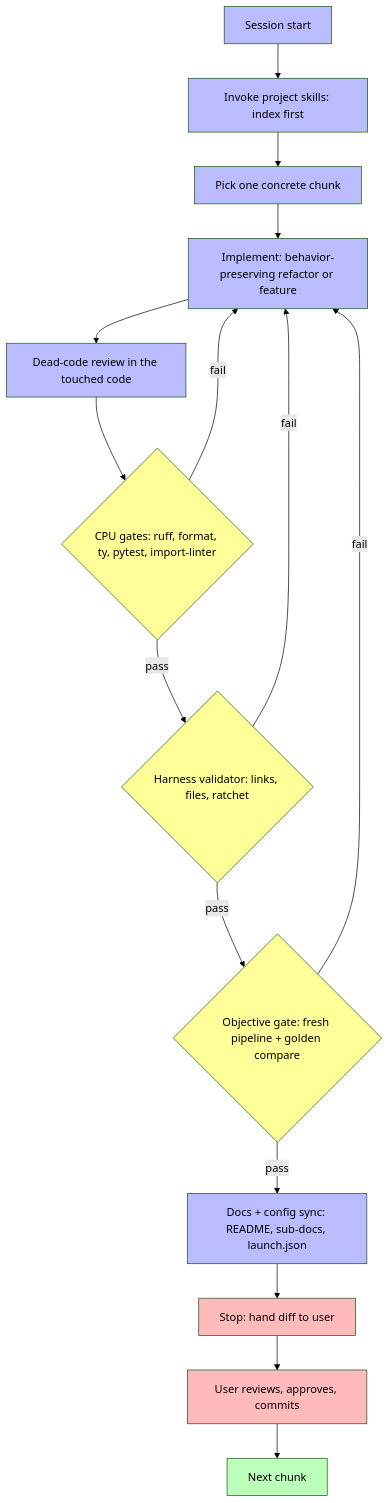
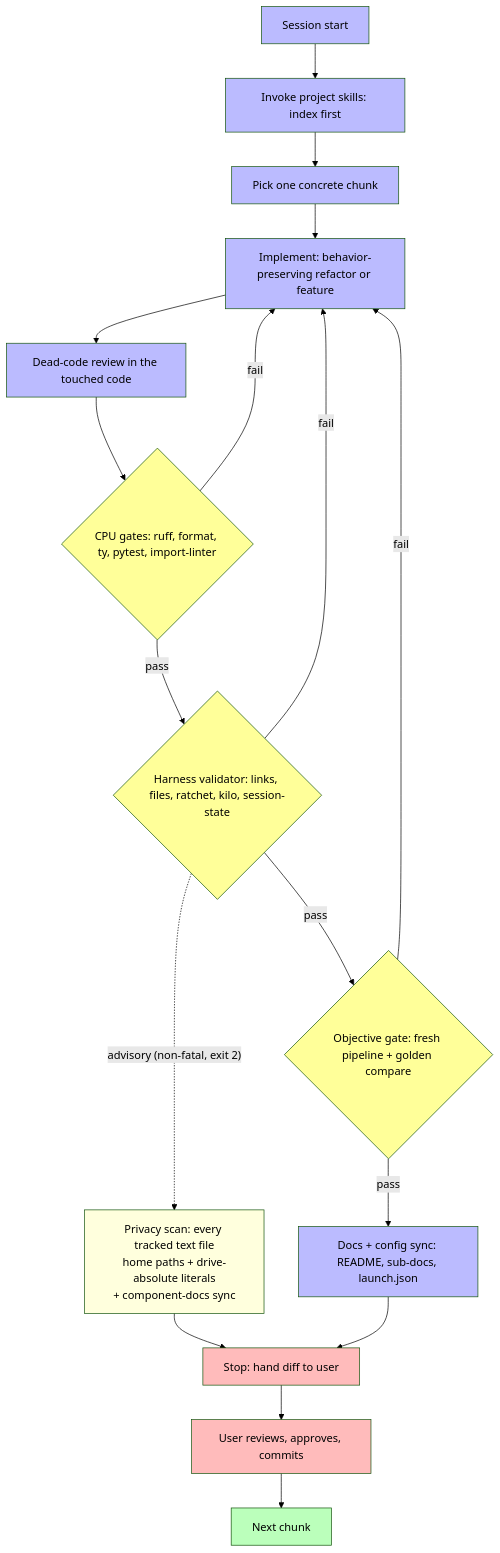
One commit to Vicomtech/dardcollect changed the first of 2 diagrams in docs/6-HARNESS.md. Above: the diagram before and after it, drawn with Mermaid (forest theme). The commit also changed other lines of this file and 10 other files, not shown here.

Commit message:
feat: implement privacy scan for tracked text files to flag machine-identifying paths; enhance validation checks and update documentation

````diff
--- a/docs/6-HARNESS.md
+++ b/docs/6-HARNESS.md
@@ -25,29 +25,32 @@
 ```mermaid
 flowchart TD
     A[Session start] --> B[Invoke project skills: index first]
     B --> C[Pick one concrete chunk]
     C --> D[Implement: behavior-preserving refactor or feature]
     D --> E[Dead-code review in the touched code]
     E --> F{CPU gates: ruff, format, ty, pytest, import-linter}
     F -- fail --> D
-    F -- pass --> G{Harness validator: links, files, ratchet}
+    F -- pass --> G{Harness validator: links, files, ratchet, kilo, session-state}
     G -- fail --> D
+    G -. advisory (non-fatal, exit 2) .-> GV[Privacy scan: every tracked text file<br/>home paths + drive-absolute literals<br/>+ component-docs sync]
     G -- pass --> H{Objective gate: fresh pipeline + golden compare}
     H -- fail --> D
     H -- pass --> I[Docs + config sync: README, sub-docs, launch.json]
     I --> J[Stop: hand diff to user]
+    GV --> J
     J --> K[User reviews, approves, commits]
     K --> L[Next chunk]
     style A fill:#bbf
     style B fill:#bbf
     style C fill:#bbf
     style D fill:#bbf
     style E fill:#bbf
     style F fill:#ff9
     style G fill:#ff9
+    style GV fill:#ffd
     style H fill:#ff9
     style I fill:#bbf
     style J fill:#fbb
     style K fill:#fbb
     style L fill:#bfb
 ```
````
